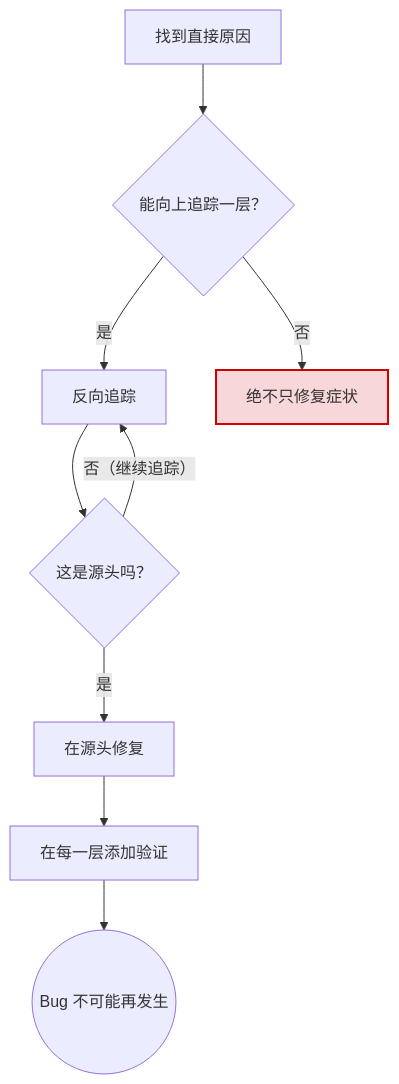
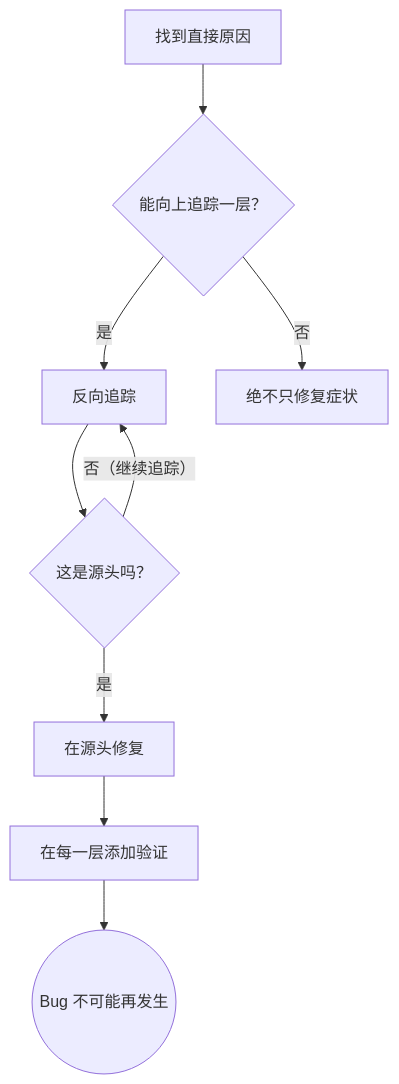
The diagram in .opencode/skills/systematic-debugging/references/root-cause-tracing.md (Hikaru518/opencode-config), drawn with Mermaid before and after one commit. The commit also changed 13 other files, not shown here.

````diff
--- a/.opencode/skills/systematic-debugging/references/root-cause-tracing.md
+++ b/.opencode/skills/systematic-debugging/references/root-cause-tracing.md
@@ -18,13 +18,12 @@
 ```mermaid
 flowchart TD
     found["找到直接原因"] --> canTrace{"能向上追踪一层？"}
     canTrace -- 是 --> traceBack["反向追踪"]
-    canTrace -- 否 --> neverFix["绝不只修复症状"]:::warn
+    canTrace -- 否 --> neverFix["绝不只修复症状"]
     traceBack --> isSource{"这是源头吗？"}
     isSource -- "否（继续追踪）" --> traceBack
     isSource -- 是 --> fixSource["在源头修复"]
     fixSource --> addValidation["在每一层添加验证"]
     addValidation --> impossible(("Bug 不可能再发生"))
 
-    classDef warn fill:#f8d7da,stroke:#c00,stroke-width:2px
 ```
````
